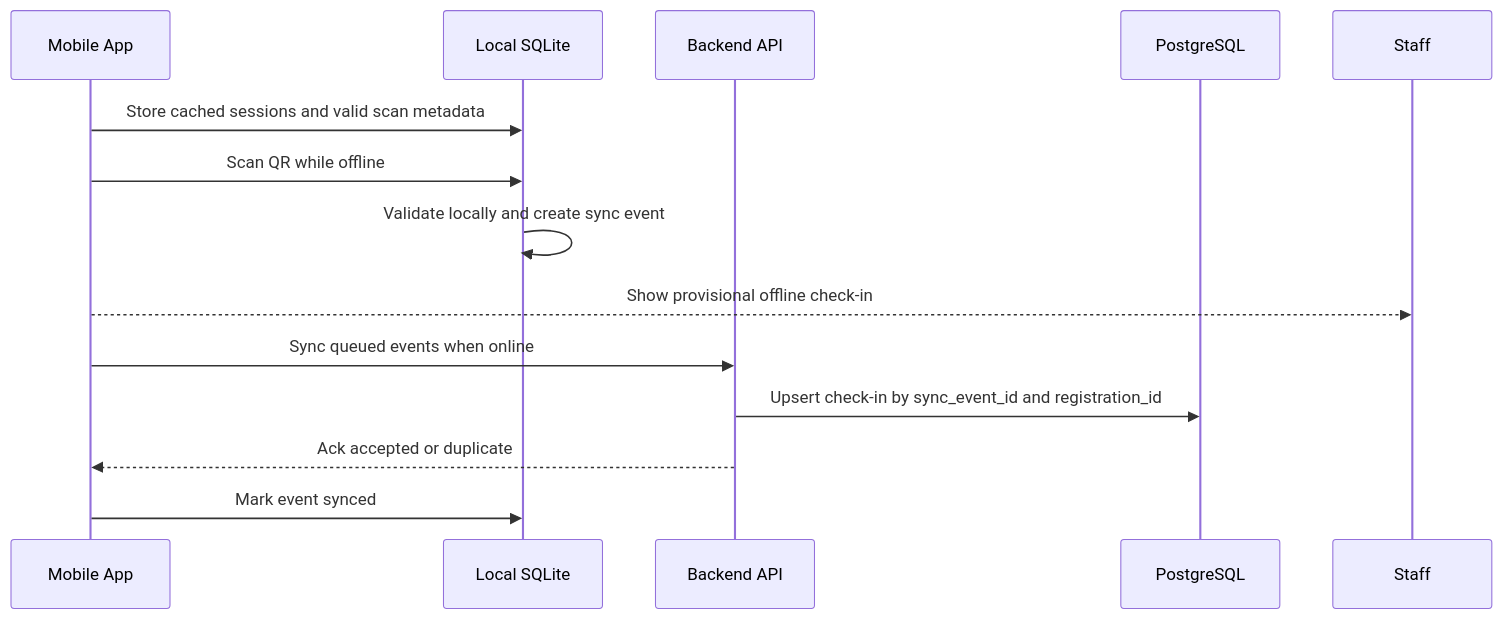
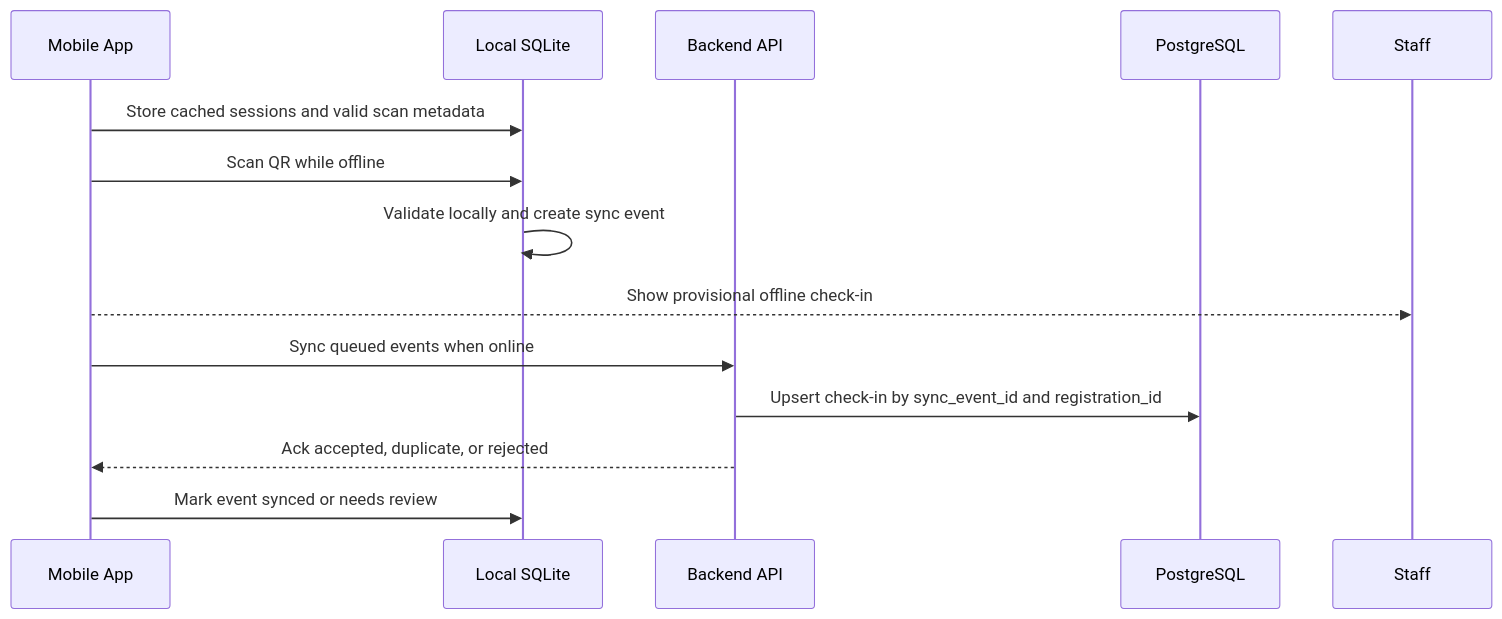
One commit to NguyenThanhTien539/unihub-workshop-system changed the sixth of 7 diagrams in blueprint/design.md. Above: the diagram before and after it, drawn with Mermaid. The commit also changed other lines of this file and 7 other files, not shown here.

````diff
--- a/blueprint/design.md
+++ b/blueprint/design.md
@@ -279,16 +473,16 @@
 ```mermaid
 sequenceDiagram
     participant M as Mobile App
     participant L as Local SQLite
     participant API as Backend API
     participant DB as PostgreSQL
 
     M->>L: Store cached sessions and valid scan metadata
     M->>L: Scan QR while offline
     L->>L: Validate locally and create sync event
     M-->>Staff: Show provisional offline check-in
     M->>API: Sync queued events when online
     API->>DB: Upsert check-in by sync_event_id and registration_id
-    API-->>M: Ack accepted or duplicate
-    M->>L: Mark event synced
+    API-->>M: Ack accepted, duplicate, or rejected
+    M->>L: Mark event synced or needs review
 ```
````
